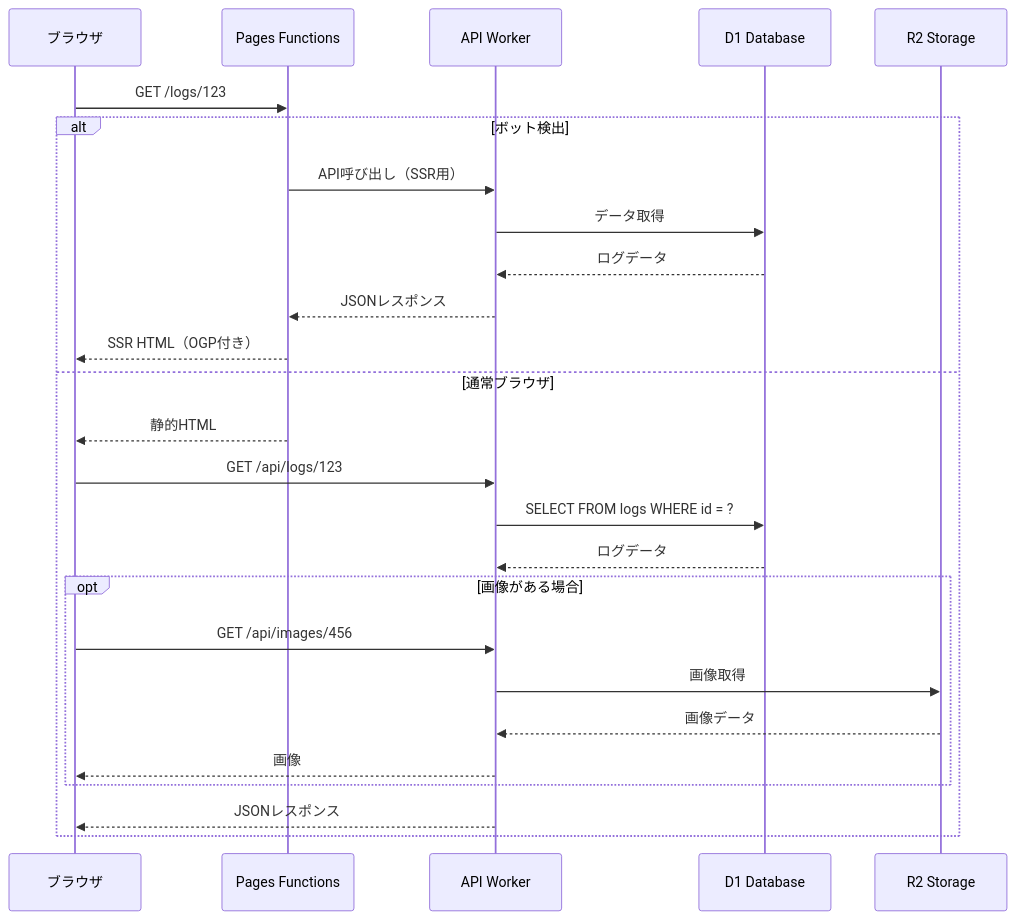
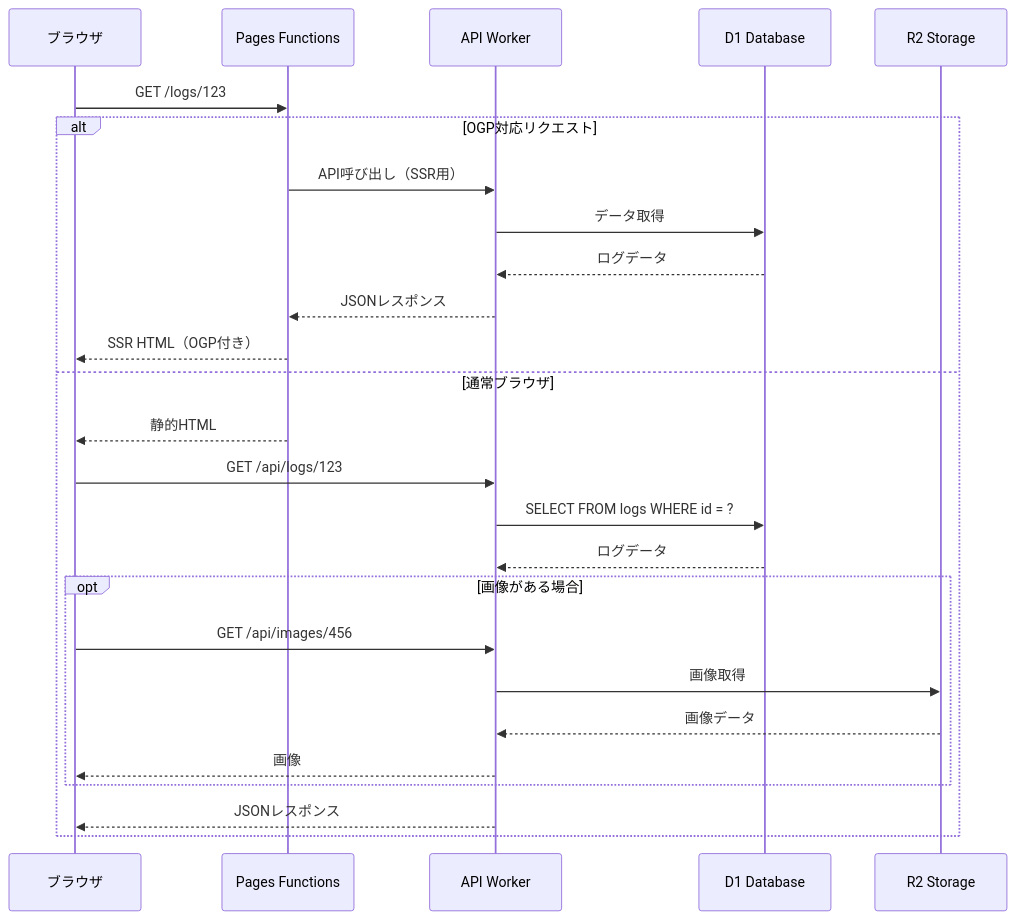
Before and after one commit to 7474/shumilog: the sixth of 8 diagrams in docs/architecture.md, drawn with Mermaid. The commit also changed other lines of this file and 2 other files, not shown here.

````diff
--- a/docs/architecture.md
+++ b/docs/architecture.md
@@ -381,32 +381,32 @@
 ```mermaid
 sequenceDiagram
     participant Browser as ブラウザ
     participant Pages as Pages Functions
     participant Worker as API Worker
     participant D1 as D1 Database
     participant R2 as R2 Storage
     
     Browser->>Pages: GET /logs/123
     
-    alt ボット検出
+    alt OGP対応リクエスト
         Pages->>Worker: API呼び出し（SSR用）
         Worker->>D1: データ取得
         D1-->>Worker: ログデータ
         Worker-->>Pages: JSONレスポンス
         Pages-->>Browser: SSR HTML（OGP付き）
     else 通常ブラウザ
         Pages-->>Browser: 静的HTML
         Browser->>Worker: GET /api/logs/123
         Worker->>D1: SELECT FROM logs WHERE id = ?
         D1-->>Worker: ログデータ
         
         opt 画像がある場合
             Browser->>Worker: GET /api/images/456
             Worker->>R2: 画像取得
             R2-->>Worker: 画像データ
             Worker-->>Browser: 画像
         end
         
         Worker-->>Browser: JSONレスポンス
     end
 ```
````
